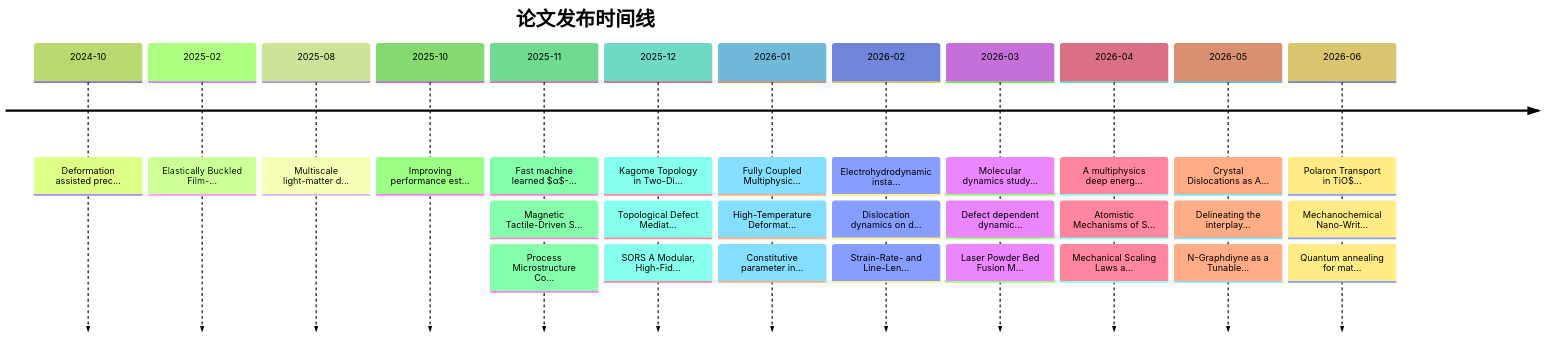
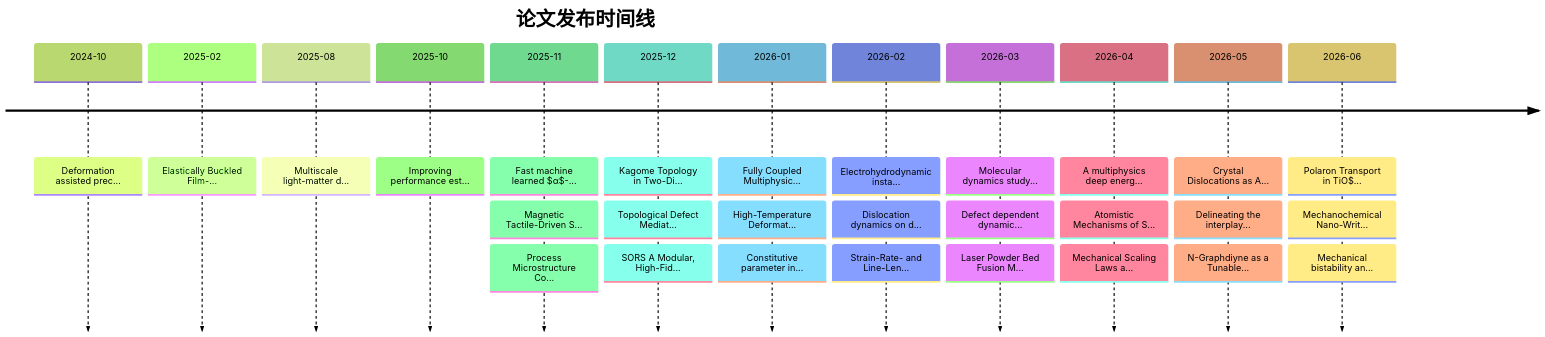
The second of 2 diagrams in reports/knowledge_graph.md (Shirakawa11111/BJK_readpaper), drawn with Mermaid (forest theme) before and after one commit. The commit also changed other lines of this file and 11 other files, not shown here.

````diff
--- a/reports/knowledge_graph.md
+++ b/reports/knowledge_graph.md
@@ -119,16 +119,16 @@
 ```mermaid
 timeline
     title 论文发布时间线
     2024-10 : Deformation assisted prec...
     2025-02 : Elastically Buckled Film-...
     2025-08 : Multiscale light-matter d...
     2025-10 : Improving performance est...
     2025-11 : Fast machine learned $α$-... : Magnetic Tactile-Driven S... : Process Microstructure Co...
     2025-12 : Kagome Topology in Two-Di... : Topological Defect Mediat... : SORS A Modular, High-Fid...
     2026-01 : Fully Coupled Multiphysic... : High-Temperature Deformat... : Constitutive parameter in...
     2026-02 : Electrohydrodynamic insta... : Dislocation dynamics on d... : Strain-Rate- and Line-Len...
     2026-03 : Molecular dynamics study... : Defect dependent dynamic... : Laser Powder Bed Fusion M...
     2026-04 : A multiphysics deep energ... : Atomistic Mechanisms of S... : Mechanical Scaling Laws a...
     2026-05 : Crystal Dislocations as A... : Delineating the interplay... : N-Graphdiyne as a Tunable...
-    2026-06 : Polaron Transport in TiO$... : Mechanochemical Nano-Writ... : Quantum annealing for mat...
+    2026-06 : Polaron Transport in TiO$... : Mechanochemical Nano-Writ... : Mechanical bistability an...
 ```
````
